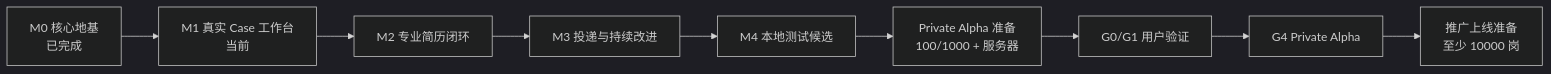
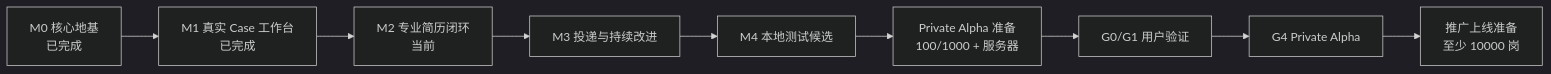
Before and after one commit to CodeVoyager21932/Aijob: the diagram in docs/06-mvp-roadmap.md, drawn with Mermaid (dark theme). The commit also changed other lines of this file and 5 other files, not shown here.

```diff
--- a/docs/06-mvp-roadmap.md
+++ b/docs/06-mvp-roadmap.md
@@ -33,11 +33,11 @@
 ~~~mermaid
 flowchart LR
-    M0["M0 核心地基<br/>已完成"] --> M1["M1 真实 Case 工作台<br/>当前"]
-    M1 --> M2["M2 专业简历闭环"]
+    M0["M0 核心地基<br/>已完成"] --> M1["M1 真实 Case 工作台<br/>已完成"]
+    M1 --> M2["M2 专业简历闭环<br/>当前"]
     M2 --> M3["M3 投递与持续改进"]
     M3 --> M4["M4 本地测试候选"]
     M4 --> A["Private Alpha 准备<br/>100/1000 + 服务器"]
     A --> V["G0/G1 用户验证"]
     V --> G4["G4 Private Alpha"]
     G4 --> L["推广上线准备<br/>至少 10000 岗"]
 ~~~
```
